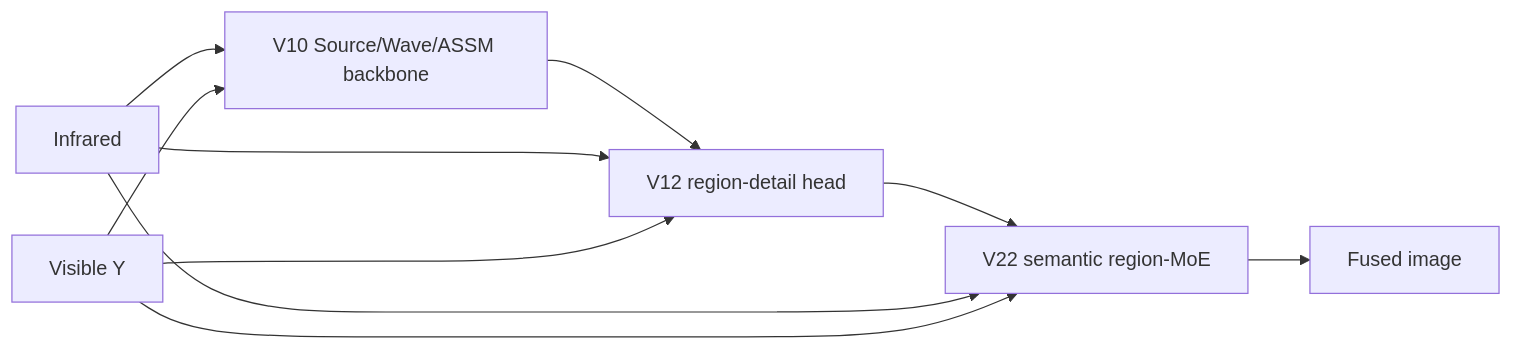
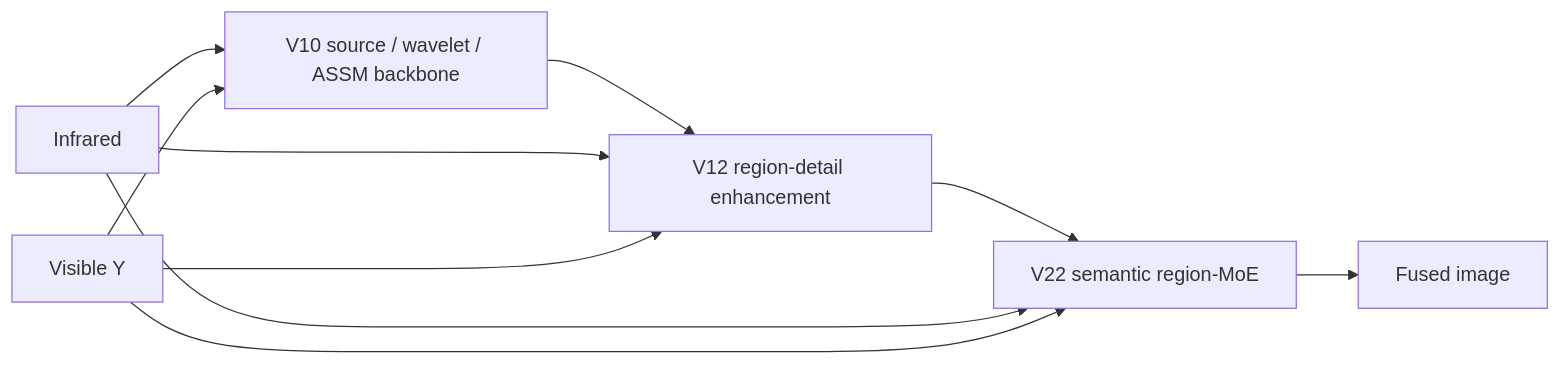
The diagram in README.md (wang2025-source/SCPR-Net), drawn with Mermaid before and after one commit. The commit also changed other lines of this file, not shown here.

Commit message:
Redesign README with complete figure collection

````diff
--- a/README.md
+++ b/README.md
@@ -25,12 +52,12 @@
 ```mermaid
 flowchart LR
-    IR[Infrared] --> V10[V10 Source/Wave/ASSM backbone]
+    IR[Infrared] --> V10[V10 source / wavelet / ASSM backbone]
     VI[Visible Y] --> V10
-    V10 --> V12[V12 region-detail head]
+    V10 --> V12[V12 region-detail enhancement]
     IR --> V12
     VI --> V12
     V12 --> V22[V22 semantic region-MoE]
     IR --> V22
     VI --> V22
     V22 --> OUT[Fused image]
 ```
````
